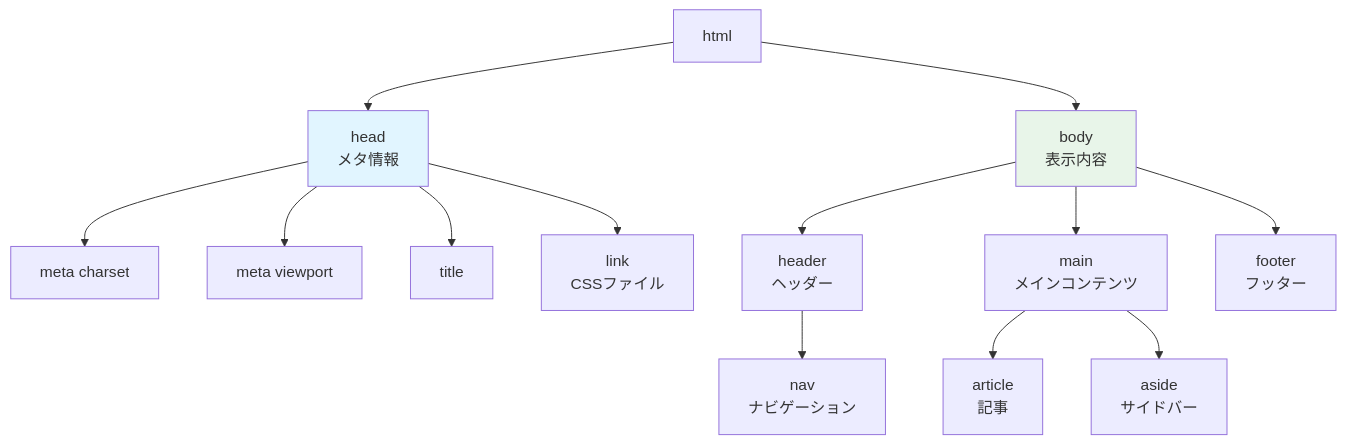
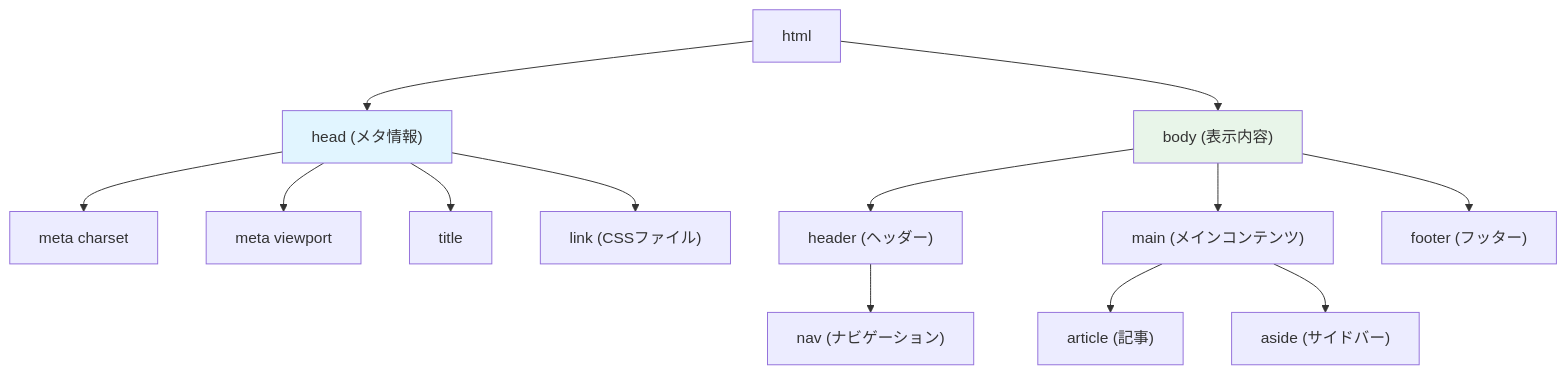
One commit to shuhei0720/keion-circle-site changed diagram 12 of 15 in docs/textbook/02-Web開発の基礎知識.md. Above: the diagram before and after it, drawn with Mermaid. The commit also changed other lines of this file, not shown here.

First line of the commit message:
🐛 mermaid図のエラー修正とコード説明を大幅強化

````diff
--- a/docs/textbook/02-Web開発の基礎知識.md
+++ b/docs/textbook/02-Web開発の基礎知識.md
@@ -630,21 +786,21 @@
 ```mermaid
 graph TB
-    A[html] --> B[head<br/>メタ情報]
-    A --> C[body<br/>表示内容]
+    A[html] --> B["head (メタ情報)"]
+    A --> C["body (表示内容)"]
     
     B --> B1[meta charset]
     B --> B2[meta viewport]
     B --> B3[title]
-    B --> B4[link<br/>CSSファイル]
+    B --> B4["link (CSSファイル)"]
     
-    C --> C1[header<br/>ヘッダー]
-    C --> C2[main<br/>メインコンテンツ]
-    C --> C3[footer<br/>フッター]
+    C --> C1["header (ヘッダー)"]
+    C --> C2["main (メインコンテンツ)"]
+    C --> C3["footer (フッター)"]
     
-    C1 --> C1A[nav<br/>ナビゲーション]
-    C2 --> C2A[article<br/>記事]
-    C2 --> C2B[aside<br/>サイドバー]
+    C1 --> C1A["nav (ナビゲーション)"]
+    C2 --> C2A["article (記事)"]
+    C2 --> C2B["aside (サイドバー)"]
     
     style B fill:#e1f5ff
     style C fill:#e8f5e9
 ```
````
